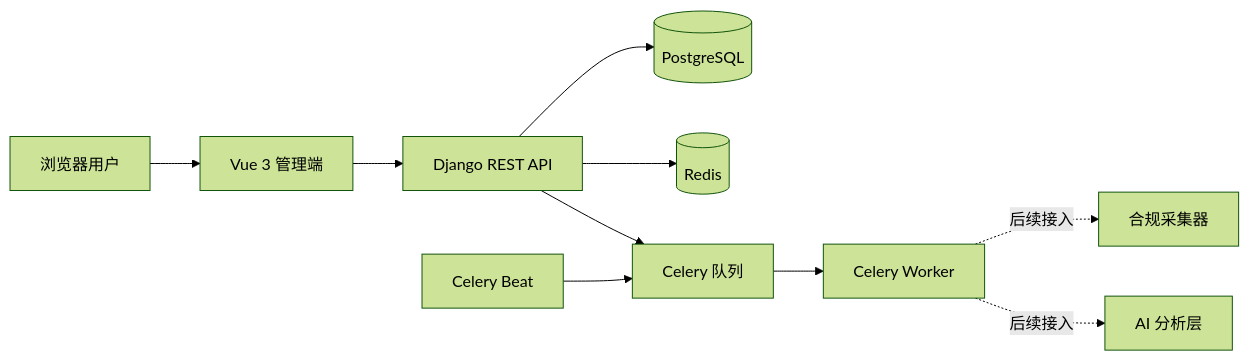
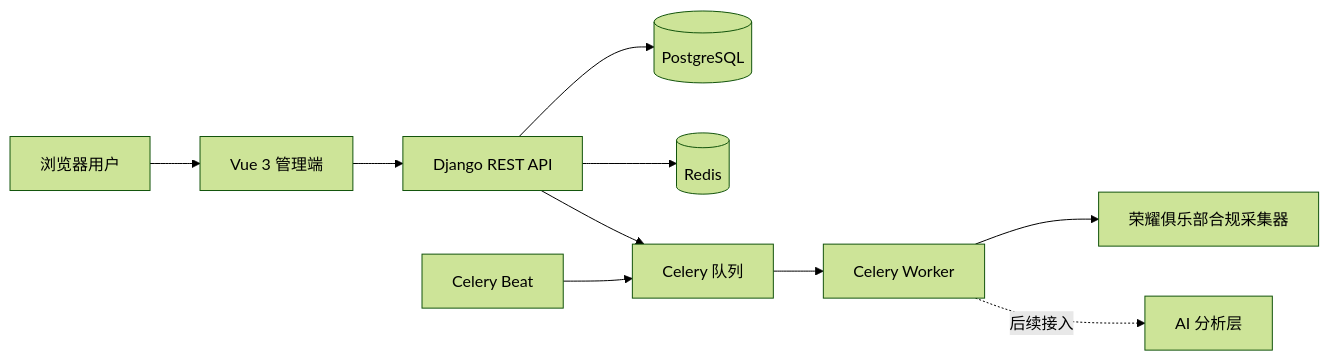
One commit to yunfei00/phone-voice-insight changed the diagram in README.md. Above: the diagram before and after it, drawn with Mermaid (forest theme). The commit also changed other lines of this file and 45 other files, not shown here.

````diff
--- a/README.md
+++ b/README.md
@@ -21,12 +21,12 @@
 ```mermaid
 flowchart LR
     U["浏览器用户"] --> F["Vue 3 管理端"]
     F --> A["Django REST API"]
     A --> P[("PostgreSQL")]
     A --> R[("Redis")]
     A --> Q["Celery 队列"]
     Q --> W["Celery Worker"]
     B["Celery Beat"] --> Q
-    W -. "后续接入" .-> C["合规采集器"]
+    W --> C["荣耀俱乐部合规采集器"]
     W -. "后续接入" .-> AI["AI 分析层"]
 ```
````
